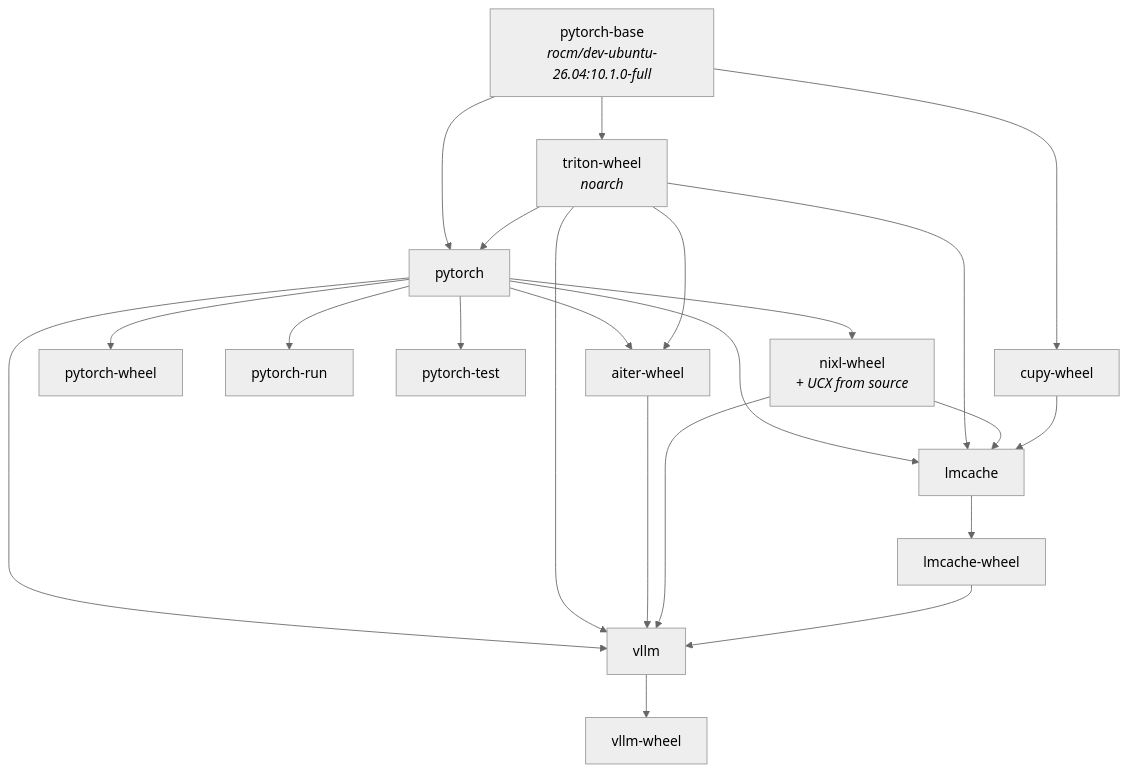
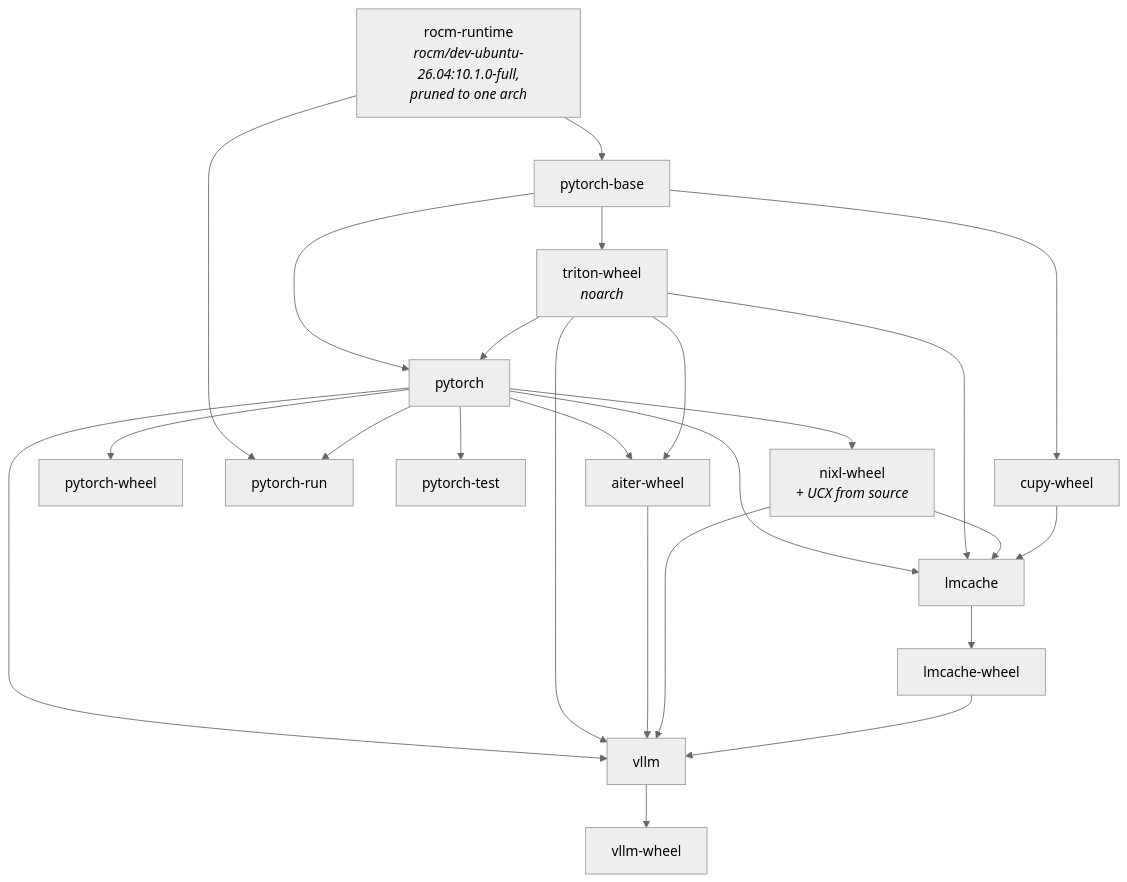
The diagram in docs/architecture/build-graph.md (sbates130272/rocm-bake), drawn with Mermaid (neutral theme) before and after one commit. The commit also changed other lines of this file and 19 other files, not shown here.

````diff
--- a/docs/architecture/build-graph.md
+++ b/docs/architecture/build-graph.md
@@ -9,38 +9,41 @@
 ```mermaid
 flowchart TD
-    base["pytorch-base<br/><i>rocm/dev-ubuntu-26.04:10.1.0-full</i>"]
+    rocm["rocm-runtime<br/><i>rocm/dev-ubuntu-26.04:10.1.0-full,<br/>pruned to one arch</i>"]
+    base["pytorch-base"]
     triton["triton-wheel<br/><i>noarch</i>"]
     cupy["cupy-wheel"]
     pt["pytorch"]
     ptw["pytorch-wheel"]
     run["pytorch-run"]
     test["pytorch-test"]
     aiter["aiter-wheel"]
     nixl["nixl-wheel<br/><i>+ UCX from source</i>"]
     lmc["lmcache"]
     lmcw["lmcache-wheel"]
     vllm["vllm"]
     vllmw["vllm-wheel"]
 
+    rocm --> base
+    rocm --> run
     base --> triton
     base --> cupy
     base --> pt
     triton --> pt
     pt --> ptw
     pt --> run
     pt --> test
     pt --> aiter
     triton --> aiter
     pt --> nixl
     pt --> lmc
     triton --> lmc
     nixl --> lmc
     cupy --> lmc
     lmc --> lmcw
     pt --> vllm
     triton --> vllm
     aiter --> vllm
     nixl --> vllm
     lmcw --> vllm
     vllm --> vllmw
 ```
````
